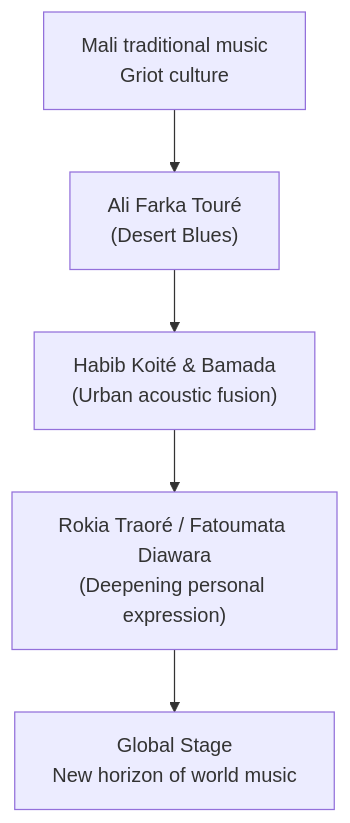
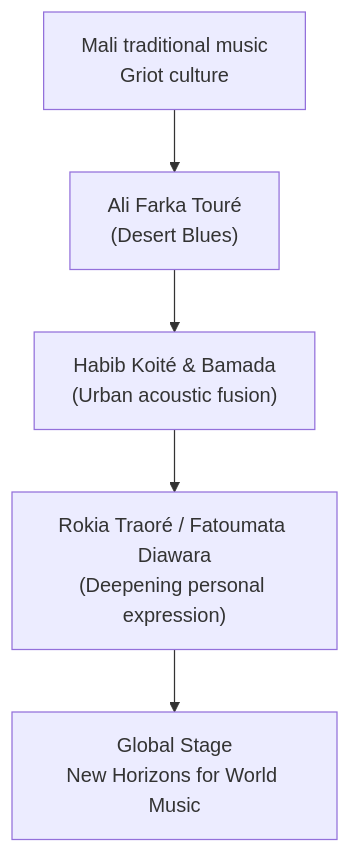
Before and after one commit to monumental-movement/monumental-movement.github.io: the diagram in en/_posts/2025-10-29-column-habib-koite-mali.md, drawn with Mermaid. The commit also changed other lines of this file and 657 other files, not shown here.

```diff
--- a/en/_posts/2025-10-29-column-habib-koite-mali.md
+++ b/en/_posts/2025-10-29-column-habib-koite-mali.md
@@ -188,9 +188,9 @@
 <div class="mermaid">
 
 graph TD
     A["Mali traditional music<br>Griot culture"] --> B["Ali Farka Touré<br>(Desert Blues)"]
     B --> C["Habib Koité & Bamada<br>(Urban acoustic fusion)"]
     C --> D["Rokia Traoré / Fatoumata Diawara<br>(Deepening personal expression)"]
-    D --> E["Global Stage<br>New horizon of world music"]
+    D --> E["Global Stage<br>New Horizons for World Music"]
 
 </div>
```
